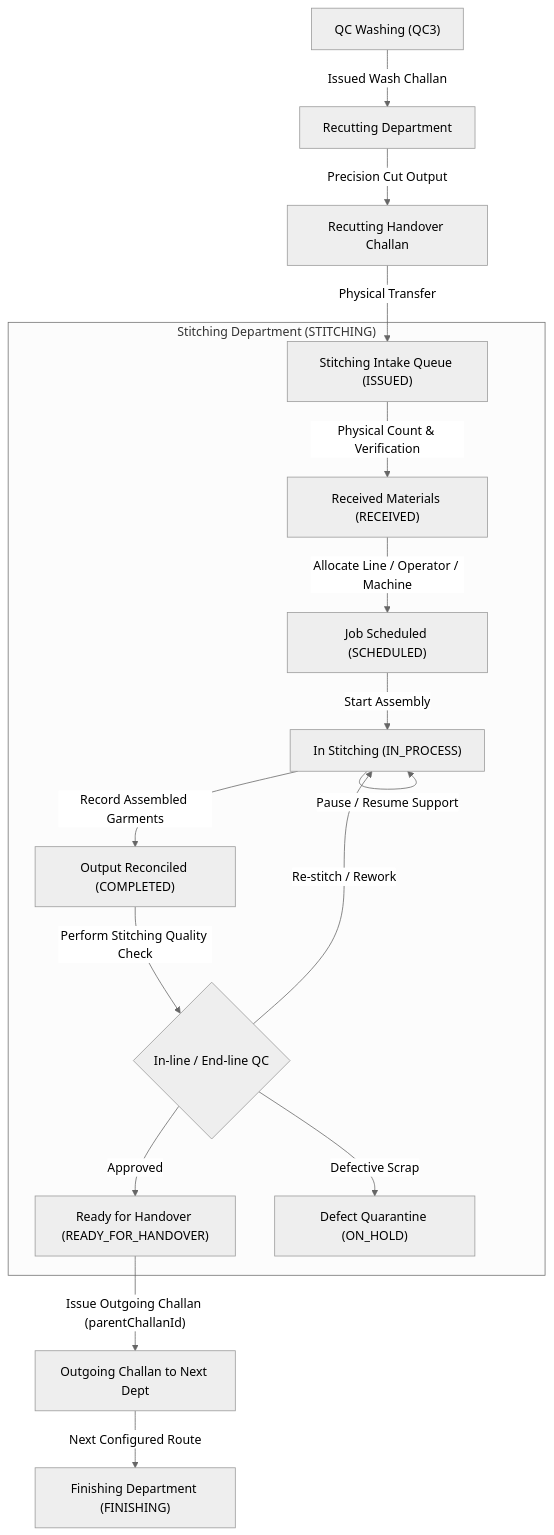
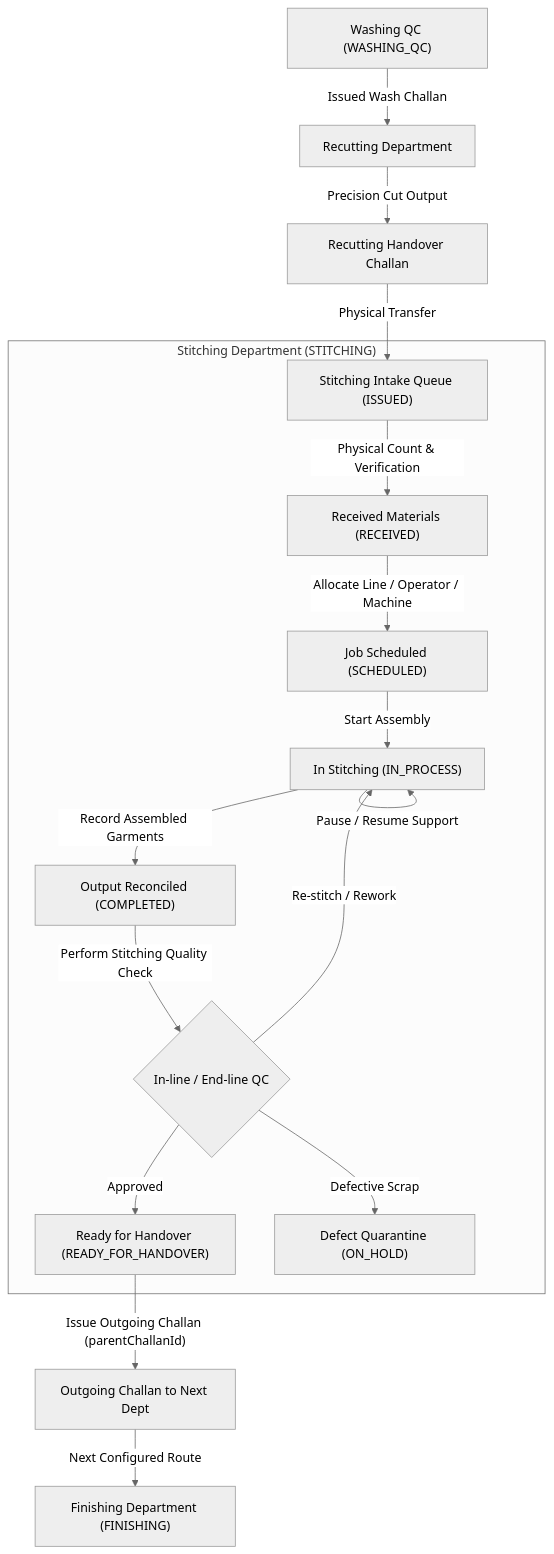
The diagram in docs/stitching/STITCHING_WORKFLOW.md (kenzoinfosystemDev001/Shubham_Fabrics), drawn with Mermaid (neutral theme) before and after one commit. The commit also changed other lines of this file and 392 other files, not shown here.

````diff
--- a/docs/stitching/STITCHING_WORKFLOW.md
+++ b/docs/stitching/STITCHING_WORKFLOW.md
@@ -11,21 +11,21 @@
 ```mermaid
 flowchart TD
-    A["QC Washing (QC3)"] -->|"Issued Wash Challan"| B["Recutting Department"]
+    A["Washing QC (WASHING_QC)"] -->|"Issued Wash Challan"| B["Recutting Department"]
     B -->|"Precision Cut Output"| C["Recutting Handover Challan"]
     C -->|"Physical Transfer"| D["Stitching Intake Queue (ISSUED)"]
     
     subgraph STITCHING_DEPT ["Stitching Department (STITCHING)"]
         D -->|"Physical Count & Verification"| E["Received Materials (RECEIVED)"]
         E -->|"Allocate Line / Operator / Machine"| F["Job Scheduled (SCHEDULED)"]
         F -->|"Start Assembly"| G["In Stitching (IN_PROCESS)"]
         G -->|"Pause / Resume Support"| G
         G -->|"Record Assembled Garments"| H["Output Reconciled (COMPLETED)"]
         H -->|"Perform Stitching Quality Check"| I{"In-line / End-line QC"}
         I -->|"Approved"| J["Ready for Handover (READY_FOR_HANDOVER)"]
         I -->|"Re-stitch / Rework"| G
         I -->|"Defective Scrap"| K["Defect Quarantine (ON_HOLD)"]
     end
     
     J -->|"Issue Outgoing Challan (parentChallanId)"| L["Outgoing Challan to Next Dept"]
     L -->|"Next Configured Route"| M["Finishing Department (FINISHING)"]
 ```
````
